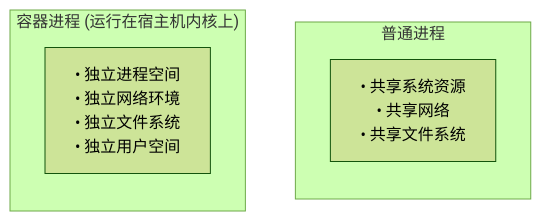
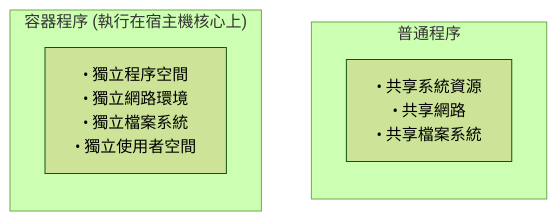
Before and after one commit to doggy8088/docker_practice: the first of 4 diagrams in 02_basic_concept/2.2_container.md, drawn with Mermaid (forest theme). The commit also changed other lines of this file and 210 other files, not shown here.

````diff
--- a/02_basic_concept/2.2_container.md
+++ b/02_basic_concept/2.2_container.md
@@ -17,12 +17,12 @@
 ```mermaid
 flowchart TD
-    subgraph NormalProcess ["普通进程"]
+    subgraph NormalProcess ["普通程序"]
         direction TB
-        N1["• 共享系统资源<br/>• 共享网络<br/>• 共享文件系统"]
+        N1["• 共享系統資源<br/>• 共享網路<br/>• 共享檔案系統"]
     end
     
-    subgraph ContainerProcess ["容器进程 (运行在宿主机内核上)"]
+    subgraph ContainerProcess ["容器程序 (執行在宿主機核心上)"]
         direction TB
-        C1["• 独立进程空间<br/>• 独立网络环境<br/>• 独立文件系统<br/>• 独立用户空间"]
+        C1["• 獨立程序空間<br/>• 獨立網路環境<br/>• 獨立檔案系統<br/>• 獨立使用者空間"]
     end
 ```
````
